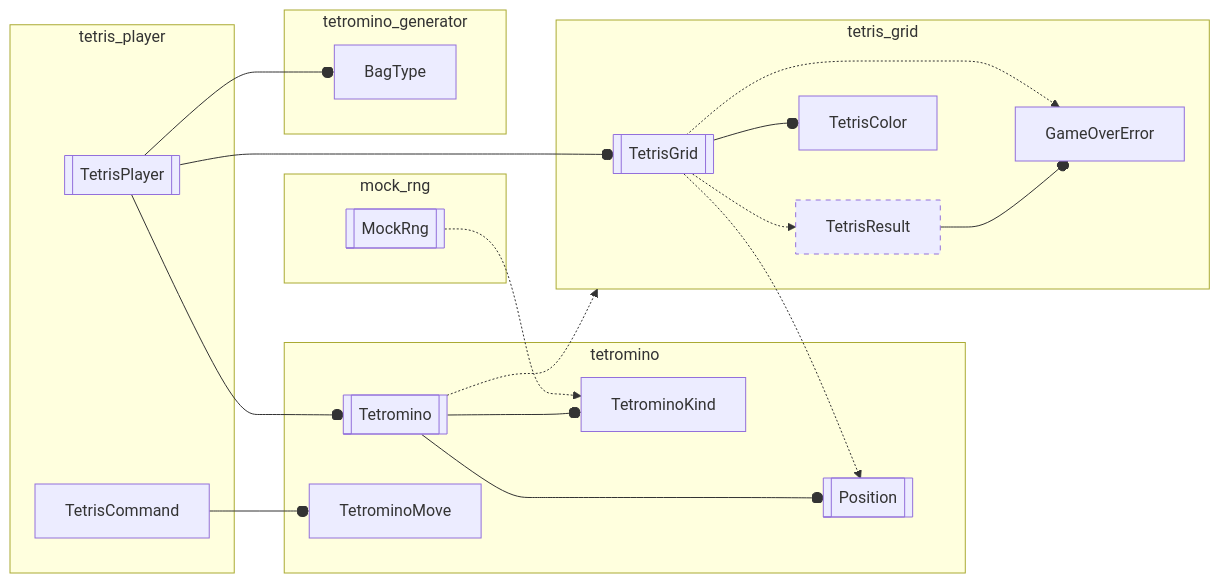
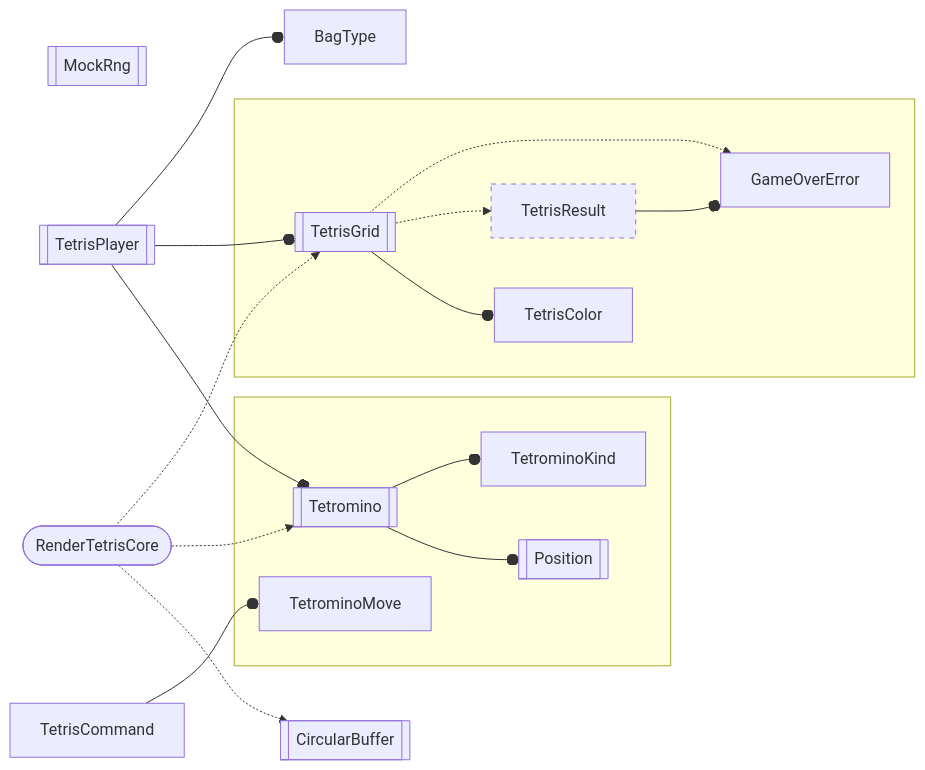
Before and after one commit to inesvar/tetris: the diagram in core_tetris/src/core_tetris.mmd, drawn with Mermaid. The commit also changed 3 other files, not shown here.

Commit message:
TetrisGrid create TetrisGrid::MINIMAL_* constants

```diff
--- a/core_tetris/src/core_tetris.mmd
+++ b/core_tetris/src/core_tetris.mmd
@@ -1,50 +1,48 @@
 graph LR
     %% objects
+    MockRng[[MockRng]]
     BagType[BagType]
     TetrisGrid[[TetrisGrid]]
     GameOverError[GameOverError]
     TetrisResult[TetrisResult]
     Tetromino[[Tetromino]]
     Position[[Position]]
     TetrisColor[TetrisColor]
     TetrisPlayer[[TetrisPlayer]]
     TetrisCommand[TetrisCommand]
     TetrominoKind[TetrominoKind]
-    MockRng[[MockRng]]
     TetrominoMove[TetrominoMove]
+    RenderTetrisCore([RenderTetrisCore])
+    CircularBuffer[[CircularBuffer]]
 
-    subgraph tetris_player
-        TetrisPlayer
-        TetrisCommand
-    end
-    TetrisPlayer --o TetrisGrid
+    RenderTetrisCore -.-> CircularBuffer
+
+    TetrisPlayer
+    RenderTetrisCore
+    TetrisCommand ~~~ CircularBuffer
+    MockRng ~~~ TetrisGrid
+
     TetrisPlayer --o Tetromino
-    TetrisPlayer --o BagType
-
-    subgraph mock_rng
-        MockRng
-    end
-    MockRng -.-> TetrominoKind
-    Tetromino -.-> tetris_grid
-    TetrisGrid -.-> Position
+    RenderTetrisCore -.-> Tetromino
+    TetrisCommand --o TetrominoMove
 
 
-    subgraph tetromino
+    subgraph tetromino[" "]
         Tetromino --o Position
         Tetromino --o TetrominoKind
         TetrominoMove
     end
-    TetrisCommand --o TetrominoMove
 
-    subgraph tetromino_generator
-        BagType
+
+    subgraph tetris_grid[" "]
+        TetrisGrid --o TetrisColor
+        TetrisGrid -.-> TetrisResult
+        TetrisResult --o GameOverError
+        TetrisGrid -.-> GameOverError
     end
 
-    subgraph tetris_grid
-        TetrisGrid -.-> GameOverError
-        TetrisGrid -.-> TetrisResult
-        TetrisResult --o GameOverError
-        TetrisGrid --o TetrisColor
-    end
-
+    RenderTetrisCore -.-> TetrisGrid
+    TetrisPlayer --o TetrisGrid
+    TetrisPlayer --o BagType
+    
     style TetrisResult stroke-dasharray: 5 5;
```
